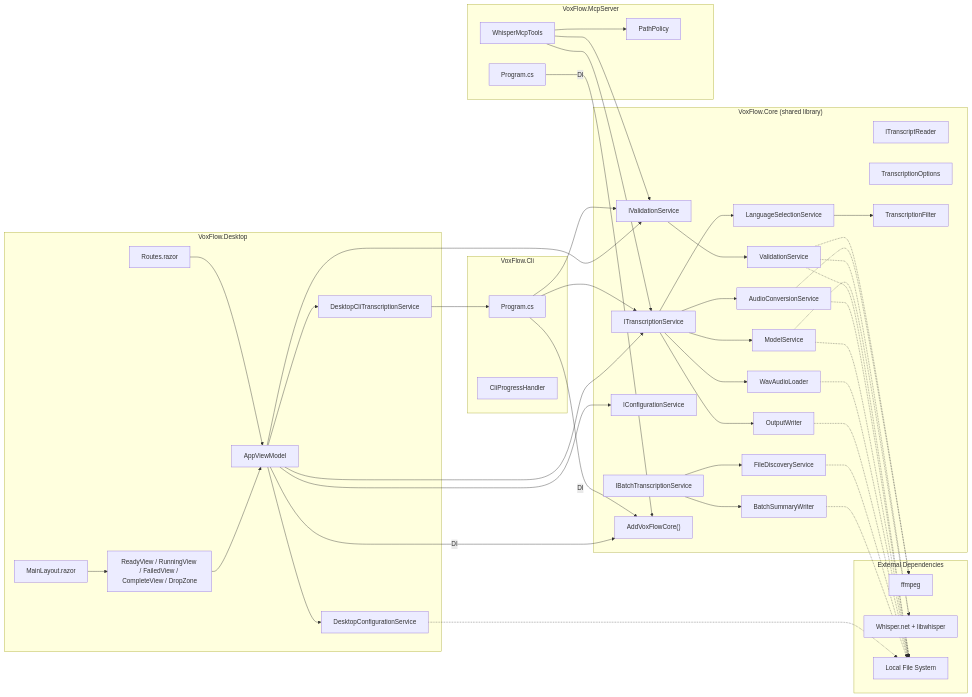
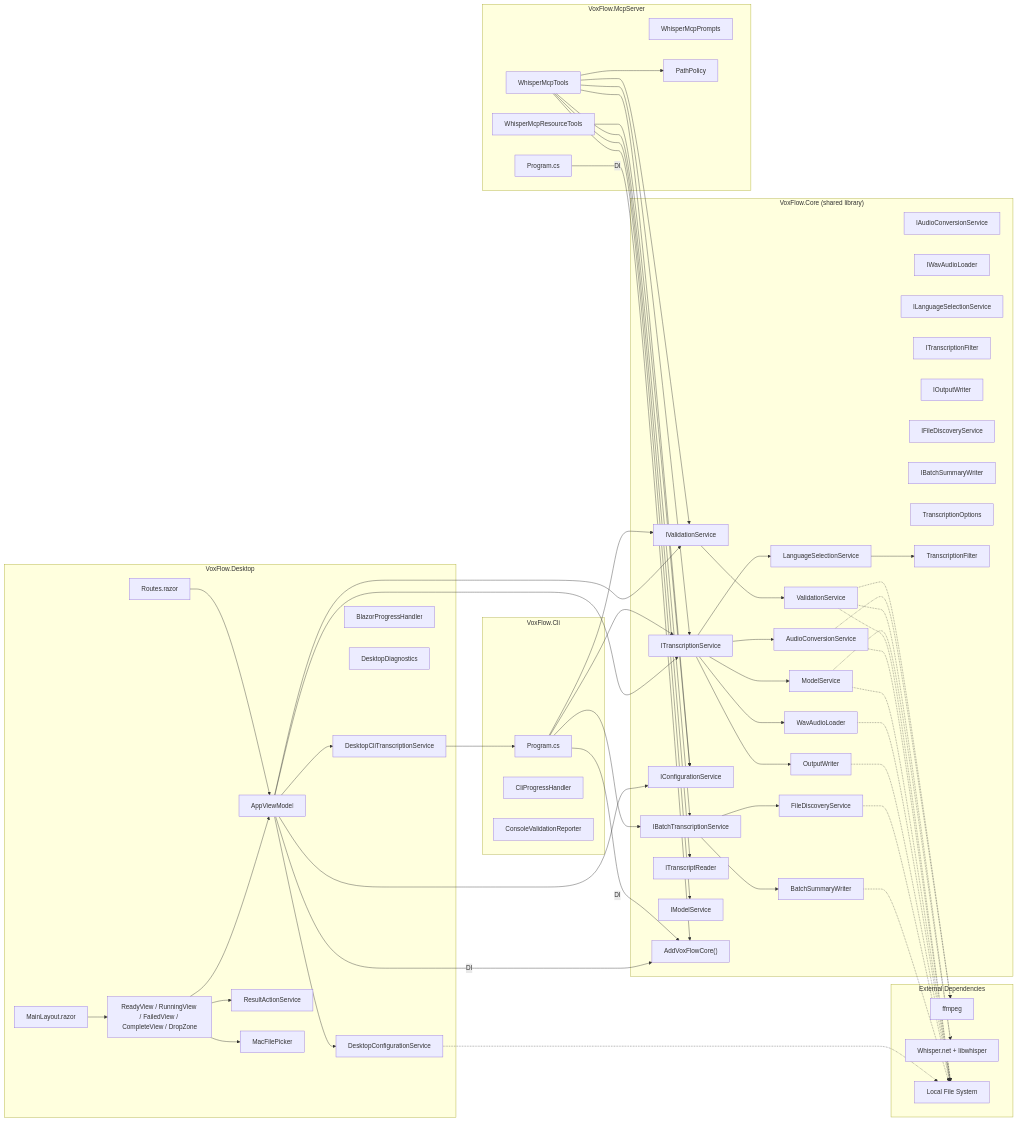
The diagram in docs/architecture/03-component-view.md (artemsemdev/WisperTestApp), drawn with Mermaid before and after one commit. The commit also changed other lines of this file and 21 other files, not shown here.

Commit message:
docs (architecture) new docs created and fixed current structure

```diff
--- a/docs/architecture/03-component-view.md
+++ b/docs/architecture/03-component-view.md
@@ -12,6 +12,14 @@
         iConfig["IConfigurationService"]
         iBatch["IBatchTranscriptionService"]
         iReader["ITranscriptReader"]
+        iAudioConversion["IAudioConversionService"]
+        iModel["IModelService"]
+        iWavLoader["IWavAudioLoader"]
+        iLangSelection["ILanguageSelectionService"]
+        iFilter["ITranscriptionFilter"]
+        iOutput["IOutputWriter"]
+        iDiscovery["IFileDiscoveryService"]
+        iBatchSummary["IBatchSummaryWriter"]
         addcore["AddVoxFlowCore()"]
 
         config["TranscriptionOptions"]
@@ -29,11 +37,14 @@
     subgraph Cli["VoxFlow.Cli"]
         cli_program["Program.cs"]
         cli_progress["CliProgressHandler"]
+        cli_reporter["ConsoleValidationReporter"]
     end
 
     subgraph Mcp["VoxFlow.McpServer"]
         mcp_program["Program.cs"]
         mcp_tools["WhisperMcpTools"]
+        mcp_resource_tools["WhisperMcpResourceTools"]
+        mcp_prompts["WhisperMcpPrompts"]
         mcp_pathpolicy["PathPolicy"]
     end
 
@@ -43,6 +54,10 @@
         desktop_vm["AppViewModel"]
         desktop_config["DesktopConfigurationService"]
         desktop_bridge["DesktopCliTranscriptionService"]
+        desktop_progress["BlazorProgressHandler"]
+        desktop_actions["ResultActionService"]
+        desktop_picker["MacFilePicker"]
+        desktop_diagnostics["DesktopDiagnostics"]
         desktop_pages["ReadyView / RunningView / FailedView / CompleteView / DropZone"]
     end
 
@@ -58,9 +73,15 @@
 
     cli_program --> iTranscription
     cli_program --> iValidation
+    cli_program --> iBatch
     mcp_tools --> iTranscription
+    mcp_tools --> iBatch
     mcp_tools --> iValidation
+    mcp_tools --> iModel
+    mcp_tools --> iConfig
+    mcp_tools --> iReader
     mcp_tools --> mcp_pathpolicy
+    mcp_resource_tools --> iConfig
     desktop_routes --> desktop_vm
     desktop_layout --> desktop_pages
     desktop_vm --> iValidation
@@ -69,6 +90,8 @@
     desktop_vm --> desktop_bridge
     desktop_vm --> desktop_config
     desktop_pages --> desktop_vm
+    desktop_pages --> desktop_actions
+    desktop_pages --> desktop_picker
 
     iTranscription --> convert
     iTranscription --> modelsvc
```
